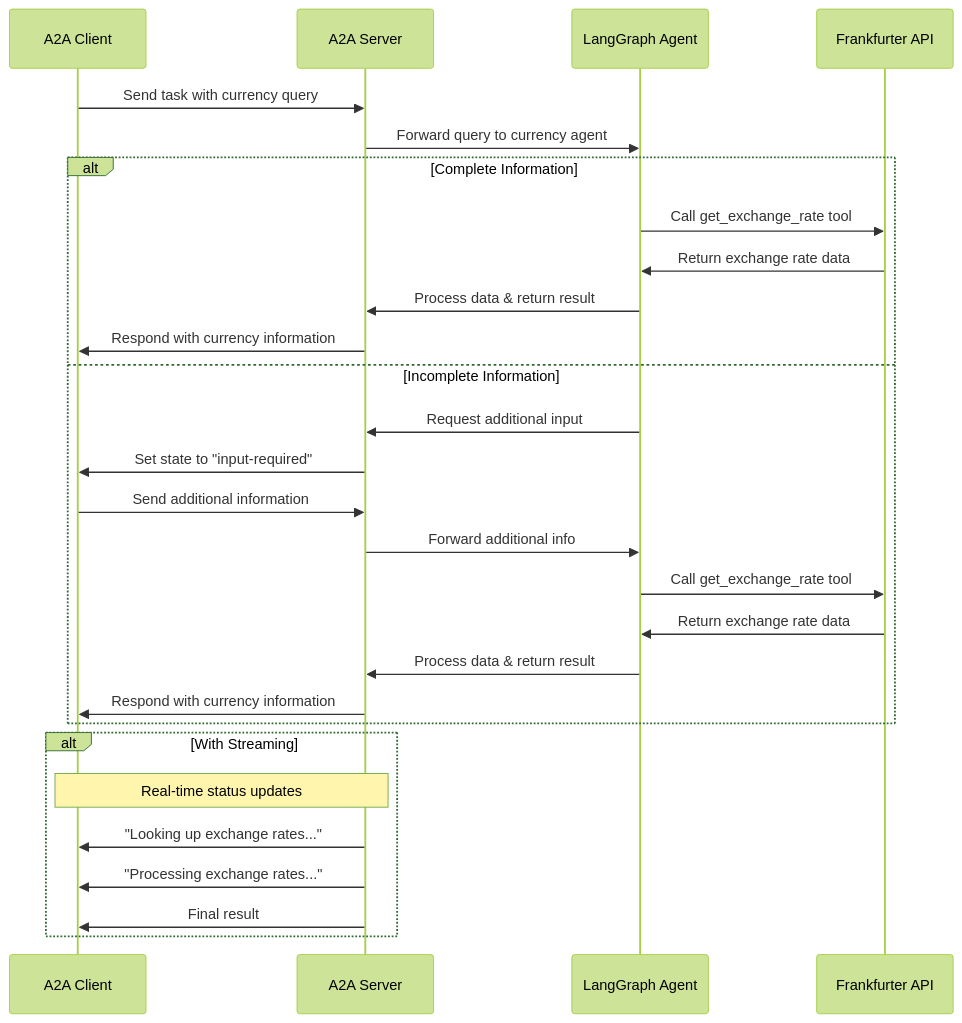
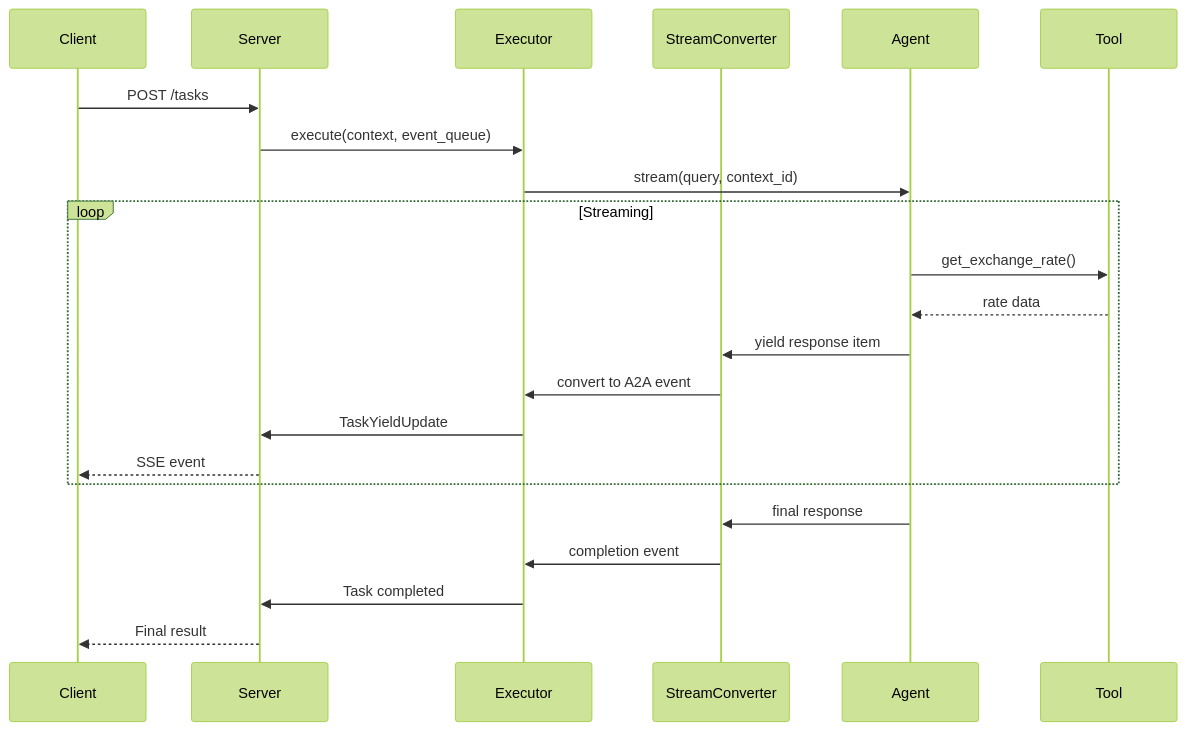
One commit to im-9vvin/multi-langgraph-agent-system-on-a2a changed the diagram in currency-agent/README.md. Above: the diagram before and after it, drawn with Mermaid (forest theme). The commit also changed other lines of this file and 2 other files, not shown here.

Commit message:
currency-agent.md

````diff
--- a/currency-agent/README.md
+++ b/currency-agent/README.md
@@ -9,33 +260,27 @@
 ```mermaid
 sequenceDiagram
-    participant Client as A2A Client
-    participant Server as A2A Server
-    participant Agent as LangGraph Agent
-    participant API as Frankfurter API
+    participant Client
+    participant Server
+    participant Executor
+    participant StreamConverter
+    participant Agent
+    participant Tool
 
-    Client->>Server: Send task with currency query
-    Server->>Agent: Forward query to currency agent
-
-    alt Complete Information
-        Agent->>API: Call get_exchange_rate tool
-        API->>Agent: Return exchange rate data
-        Agent->>Server: Process data & return result
-        Server->>Client: Respond with currency information
-    else Incomplete Information
-        Agent->>Server: Request additional input
-        Server->>Client: Set state to "input-required"
-        Client->>Server: Send additional information
-        Server->>Agent: Forward additional info
-        Agent->>API: Call get_exchange_rate tool
-        API->>Agent: Return exchange rate data
-        Agent->>Server: Process data & return result
-        Server->>Client: Respond with currency information
+    Client->>Server: POST /tasks
+    Server->>Executor: execute(context, event_queue)
+    Executor->>Agent: stream(query, context_id)
+    
+    loop Streaming
+        Agent->>Tool: get_exchange_rate()
+        Tool-->>Agent: rate data
+        Agent->>StreamConverter: yield response item
+        StreamConverter->>Executor: convert to A2A event
+        Executor->>Server: TaskYieldUpdate
+        Server-->>Client: SSE event
     end
-
-    alt With Streaming
-        Note over Client,Server: Real-time status updates
-        Server->>Client: "Looking up exchange rates..."
-        Server->>Client: "Processing exchange rates..."
-        Server->>Client: Final result
-    end
+    
+    Agent->>StreamConverter: final response
+    StreamConverter->>Executor: completion event
+    Executor->>Server: Task completed
+    Server-->>Client: Final result
 ```
````
